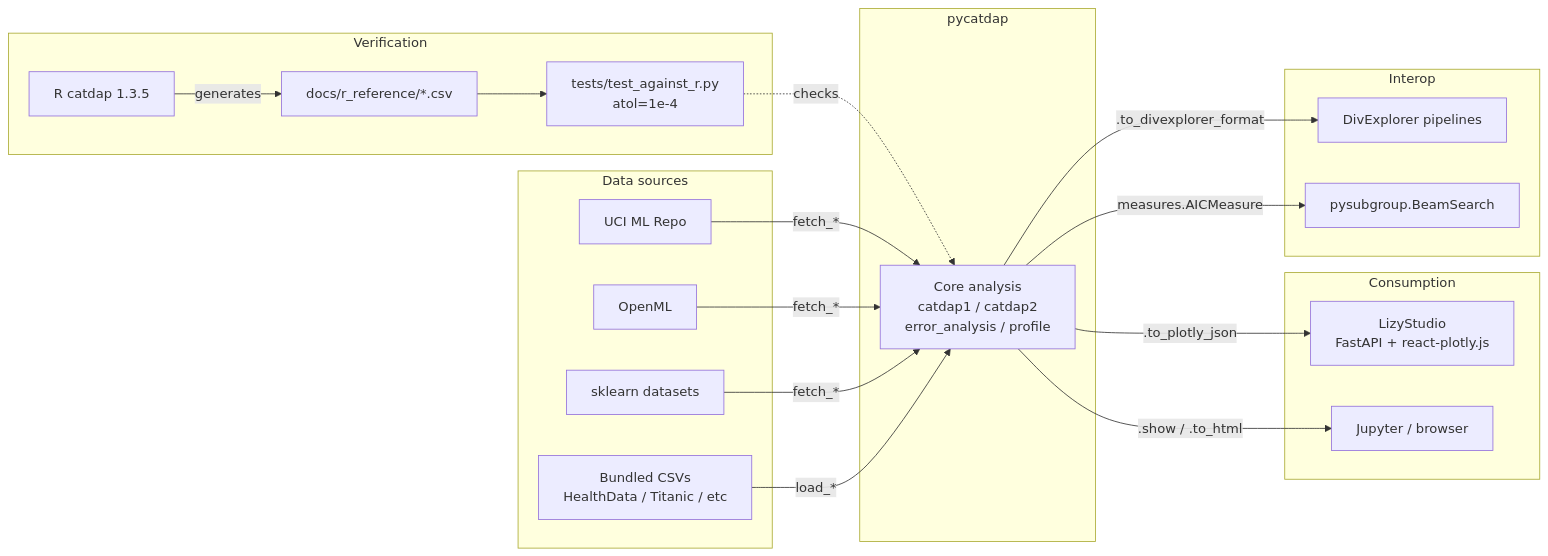
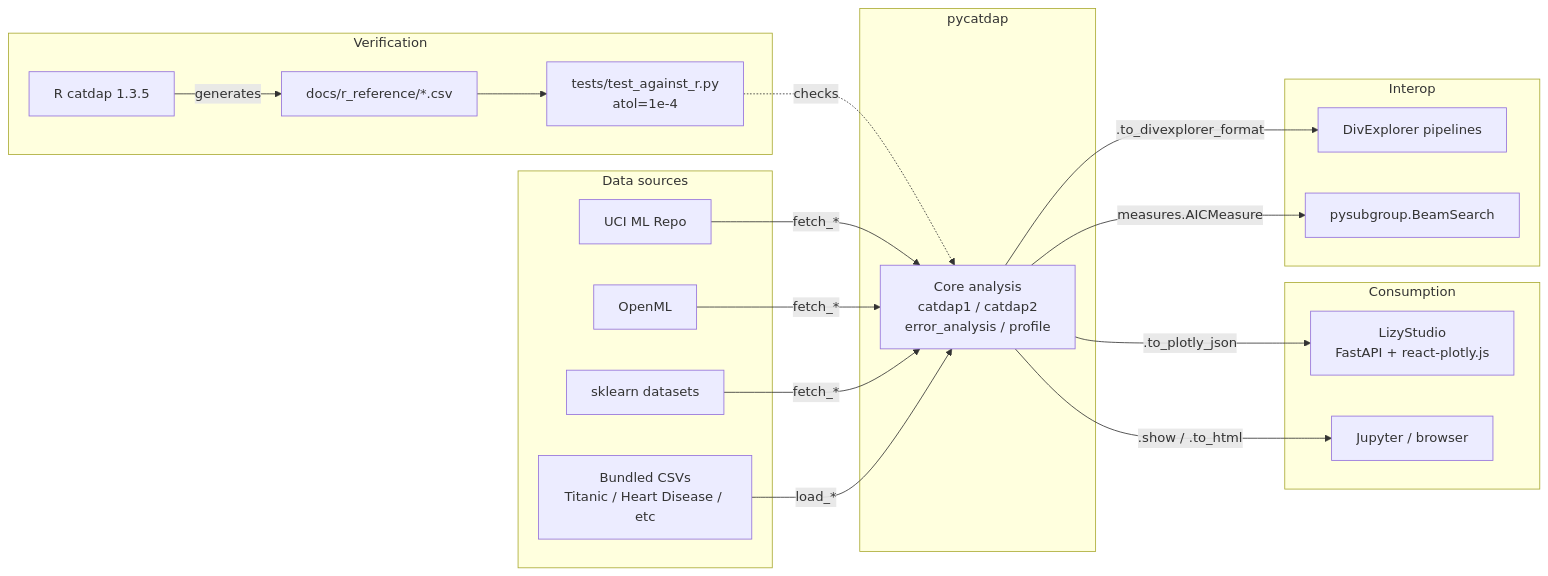
One commit to nbx-liz/pycatdap changed the fifth of 5 diagrams in docs/explanation/architecture.md. Above: the diagram before and after it, drawn with Mermaid. The commit also changed 13 other files, not shown here.

````diff
--- a/docs/explanation/architecture.md
+++ b/docs/explanation/architecture.md
@@ -172,29 +172,29 @@
 ```mermaid
 graph LR
     subgraph pycatdap_core[pycatdap]
         Core["Core analysis<br/>catdap1 / catdap2<br/>error_analysis / profile"]
     end
 
     subgraph Verification["Verification"]
         R["R catdap 1.3.5"] -->|generates| CSV["docs/r_reference/*.csv"]
         CSV --> Tests["tests/test_against_r.py<br/>atol=1e-4"]
         Tests -.checks.-> Core
     end
 
     subgraph Consumption["Consumption"]
         Core -->|".to_plotly_json"| Lizy["LizyStudio<br/>FastAPI + react-plotly.js"]
         Core -->|".show / .to_html"| Notebook["Jupyter / browser"]
     end
 
     subgraph Interop["Interop"]
         Core -->|".to_divexplorer_format"| DE["DivExplorer pipelines"]
         Core -->|"measures.AICMeasure"| PS["pysubgroup.BeamSearch"]
     end
 
     subgraph DataSources["Data sources"]
         UCI["UCI ML Repo"] -->|fetch_*| Core
         OpenML["OpenML"] -->|fetch_*| Core
         SK["sklearn datasets"] -->|fetch_*| Core
-        Bundled["Bundled CSVs<br/>HealthData / Titanic / etc"] -->|load_*| Core
+        Bundled["Bundled CSVs<br/>Titanic / Heart Disease / etc"] -->|load_*| Core
     end
 ```
````
